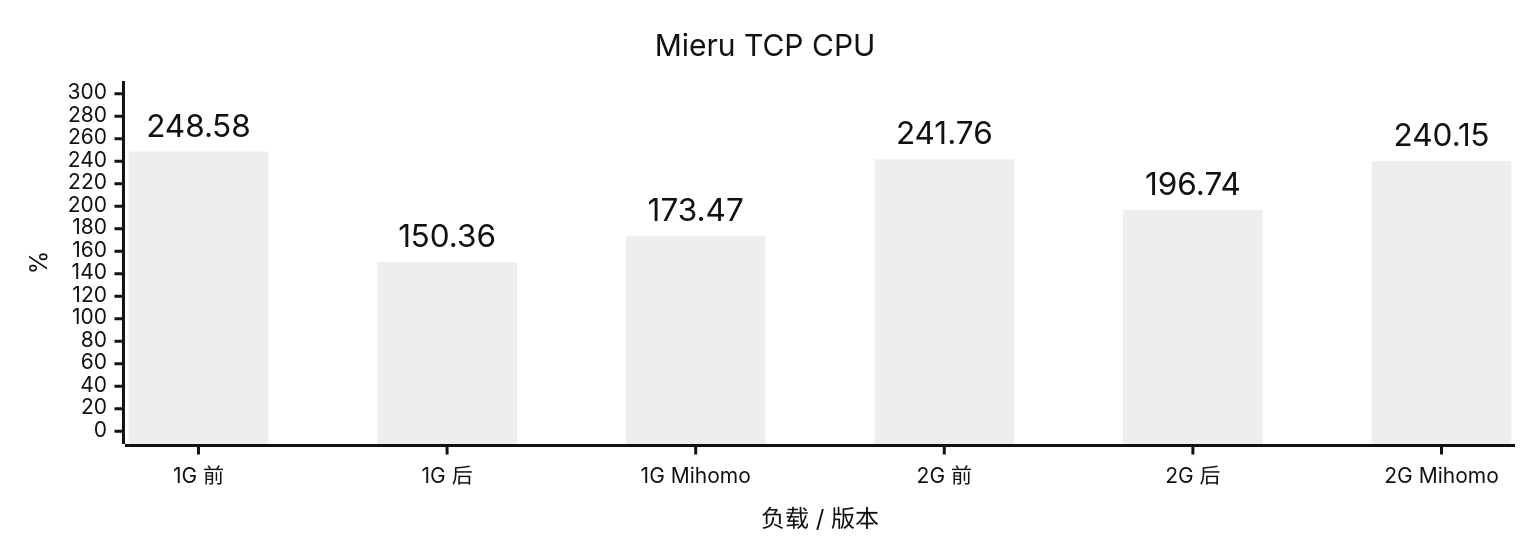
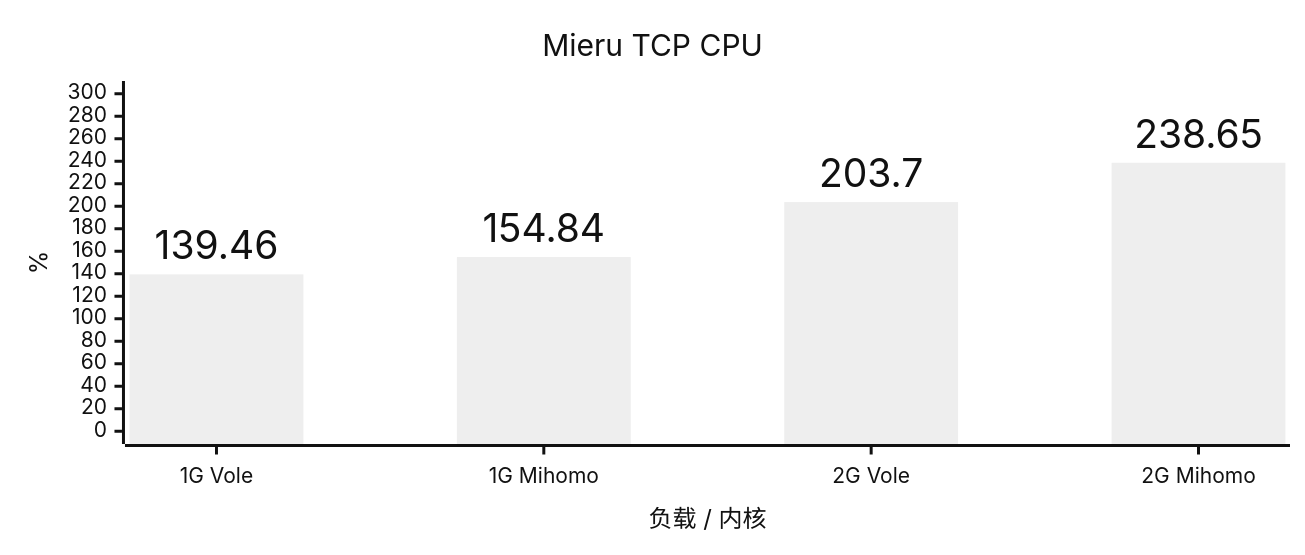
One commit to YuanDevTeam/Vole changed the second of 8 diagrams in docs/benchmark.md. Above: the diagram before and after it, drawn with Mermaid (neutral theme). The commit also changed other lines of this file, not shown here.

````diff
--- a/docs/benchmark.md
+++ b/docs/benchmark.md
@@ -33,15 +33,15 @@
 ```mermaid
 ---
 config:
   xyChart:
-    width: 1000
+    width: 850
     height: 350
     showDataLabel: true
     showDataLabelOutsideBar: true
 ---
 xychart
     title "Mieru TCP CPU"
-    x-axis "负载 / 版本" ["1G 前", "1G 后", "1G Mihomo", "2G 前", "2G 后", "2G Mihomo"]
+    x-axis "负载 / 内核" ["1G Vole", "1G Mihomo", "2G Vole", "2G Mihomo"]
     y-axis "%" 0 --> 300
-    bar [248.58, 150.36, 173.47, 241.76, 196.74, 240.15]
+    bar [139.46, 154.84, 203.70, 238.65]
 ```
````
